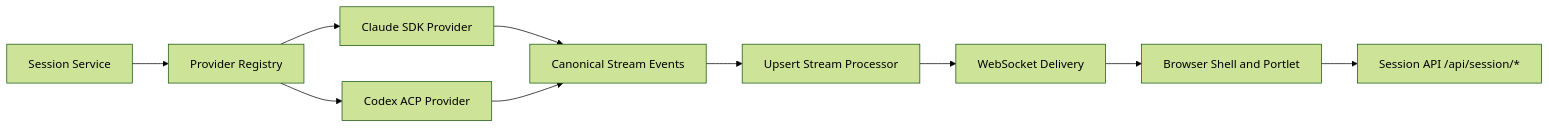
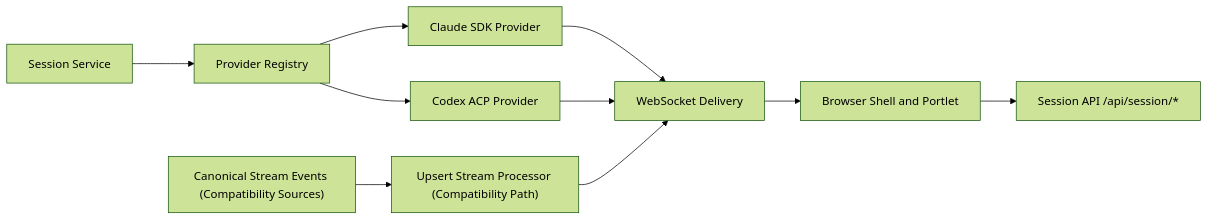
Before and after one commit to liminal-ai/liminal-builder: the first of 7 diagrams in docs/epics/02-provider-streaming-pipeline/tech-design.md, drawn with Mermaid (forest theme). The commit also changed other lines of this file and 27 other files, not shown here.

````diff
--- a/docs/epics/02-provider-streaming-pipeline/tech-design.md
+++ b/docs/epics/02-provider-streaming-pipeline/tech-design.md
@@ -61,22 +61,22 @@
 ```mermaid
 flowchart LR
     Browser["Browser Shell and Portlet"]
     WS["WebSocket Delivery"]
     API["Session API /api/session/*"]
     SVC["Session Service"]
     REG["Provider Registry"]
     CLAUDE["Claude SDK Provider"]
     CODEX["Codex ACP Provider"]
-    CANON["Canonical Stream Events"]
-    PROC["Upsert Stream Processor"]
+    CANON["Canonical Stream Events (Compatibility Sources)"]
+    PROC["Upsert Stream Processor (Compatibility Path)"]
 
     Browser --> API
     SVC --> REG
     REG --> CLAUDE
     REG --> CODEX
-    CLAUDE --> CANON
-    CODEX --> CANON
+    CLAUDE --> WS
+    CODEX --> WS
     CANON --> PROC
     PROC --> WS
     WS --> Browser
 ```
````
